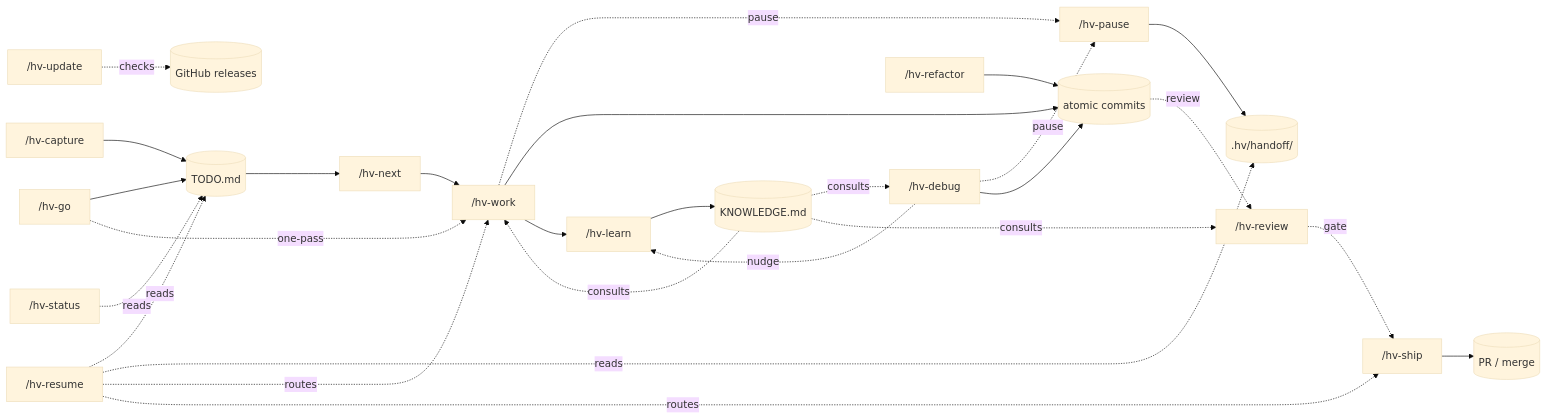
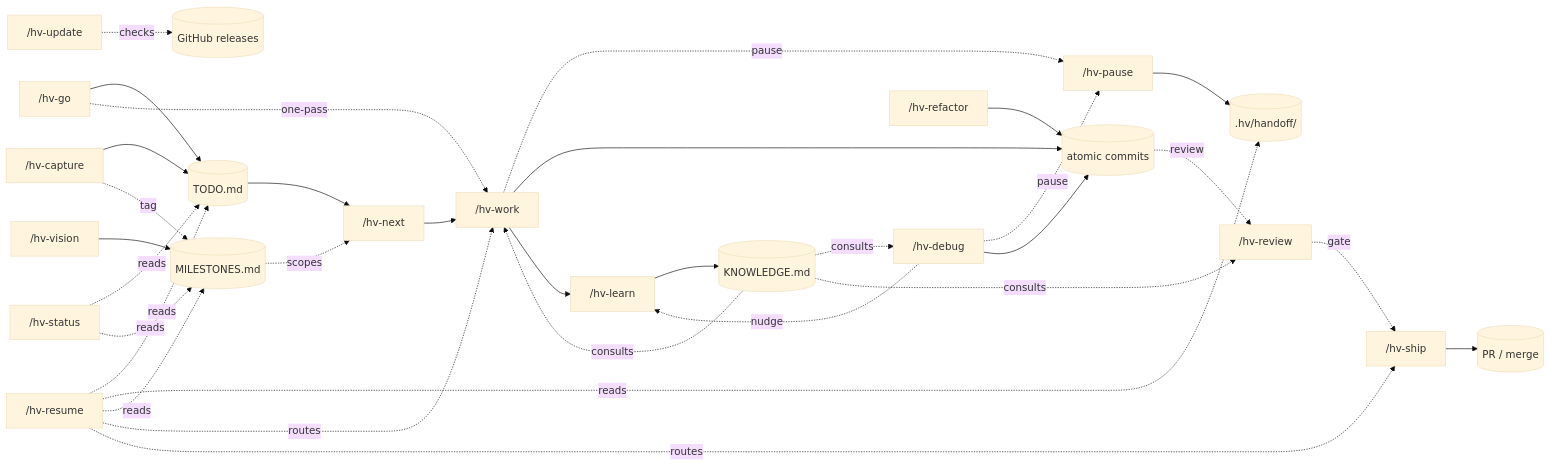
The diagram in README.md (l4ci/hv-skills), drawn with Mermaid (base theme) before and after one commit. The commit also changed other lines of this file and 18 other files, not shown here.

````diff
--- a/README.md
+++ b/README.md
@@ -74,29 +76,34 @@
 ```mermaid
 flowchart LR
+  VISION["/hv-vision"] --> MILES[(MILESTONES.md)]
   CAP["/hv-capture"] --> TODO[(TODO.md)]
+  CAP -.tag.-> MILES
   GO["/hv-go"] --> TODO
   GO -.one-pass.-> WORK
   TODO --> NEXT["/hv-next"]
+  MILES -.scopes.-> NEXT
   NEXT --> WORK["/hv-work"]
   STATUS["/hv-status"] -.reads.-> TODO
+  STATUS -.reads.-> MILES
   WORK -.pause.-> PAUSE["/hv-pause"]
   DEBUG -.pause.-> PAUSE
   PAUSE --> HANDOFF[(.hv/handoff/)]
   RESUME["/hv-resume"] -.reads.-> TODO
   RESUME -.reads.-> HANDOFF
+  RESUME -.reads.-> MILES
   RESUME -.routes.-> WORK
   RESUME -.routes.-> SHIP
   WORK --> COMMIT[(atomic commits)]
   DEBUG["/hv-debug"] --> COMMIT
   REFACTOR["/hv-refactor"] --> COMMIT
   COMMIT -.review.-> REVIEW["/hv-review"]
   REVIEW -.gate.-> SHIP["/hv-ship"]
   SHIP --> PR[(PR / merge)]
   WORK --> LEARN["/hv-learn"]
   DEBUG -.nudge.-> LEARN
   LEARN --> KNOW[(KNOWLEDGE.md)]
   KNOW -.consults.-> WORK
   KNOW -.consults.-> DEBUG
   KNOW -.consults.-> REVIEW
   UPDATE["/hv-update"] -.checks.-> RELEASES[(GitHub releases)]
 ```
````
